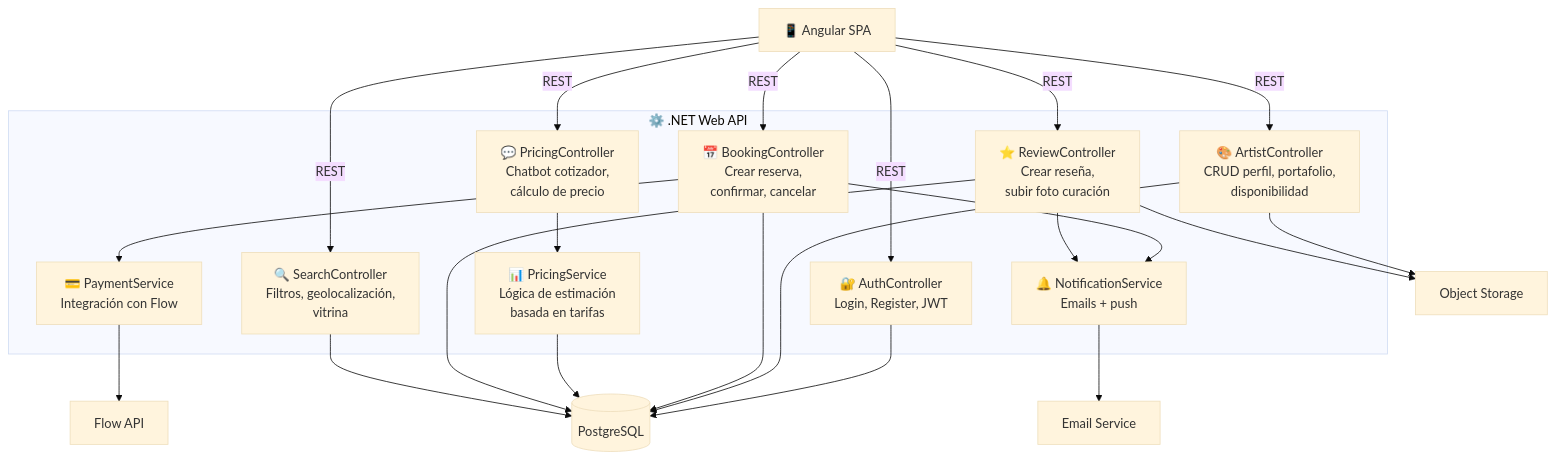
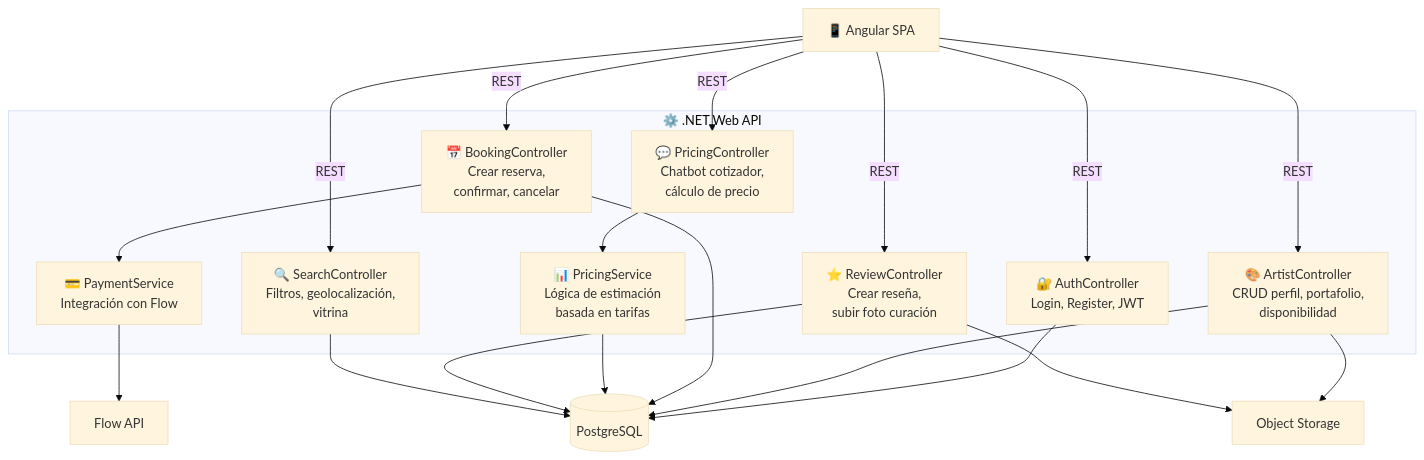
Diagram 14 of 14 in docs/documentacion.md (LIDR-academy/AI4Devs-finalproject), drawn with Mermaid (base theme) before and after one commit. The commit also changed other lines of this file and 6 other files, not shown here.

````diff
--- a/docs/documentacion.md
+++ b/docs/documentacion.md
@@ -981,46 +971,41 @@
 ```mermaid
 flowchart TB
     SPA[📱 Angular SPA]
 
     subgraph API["⚙️ .NET Web API"]
         AUTH[🔐 AuthController<br/>Login, Register, JWT]
         ARTIST_C[🎨 ArtistController<br/>CRUD perfil, portafolio,<br/>disponibilidad]
         BOOKING_C[📅 BookingController<br/>Crear reserva,<br/>confirmar, cancelar]
         PRICING_C[💬 PricingController<br/>Chatbot cotizador,<br/>cálculo de precio]
         REVIEW_C[⭐ ReviewController<br/>Crear reseña,<br/>subir foto curación]
         SEARCH_C[🔍 SearchController<br/>Filtros, geolocalización,<br/>vitrina]
         
         PRICING_SVC[📊 PricingService<br/>Lógica de estimación<br/>basada en tarifas]
         PAYMENT_SVC[💳 PaymentService<br/>Integración con Flow]
-        NOTIF_SVC[🔔 NotificationService<br/>Emails + push]
     end
 
     DB[(PostgreSQL)]
     FLOW[Flow API]
-    EMAIL[Email Service]
     STORAGE[Object Storage]
 
     SPA -->|REST| AUTH
     SPA -->|REST| ARTIST_C
     SPA -->|REST| BOOKING_C
     SPA -->|REST| PRICING_C
     SPA -->|REST| REVIEW_C
     SPA -->|REST| SEARCH_C
 
     PRICING_C --> PRICING_SVC
     BOOKING_C --> PAYMENT_SVC
-    BOOKING_C --> NOTIF_SVC
-    REVIEW_C --> NOTIF_SVC
 
     AUTH --> DB
     ARTIST_C --> DB
     ARTIST_C --> STORAGE
     BOOKING_C --> DB
     PRICING_SVC --> DB
     REVIEW_C --> DB
     REVIEW_C --> STORAGE
     SEARCH_C --> DB
 
     PAYMENT_SVC --> FLOW
-    NOTIF_SVC --> EMAIL
 ```
````
